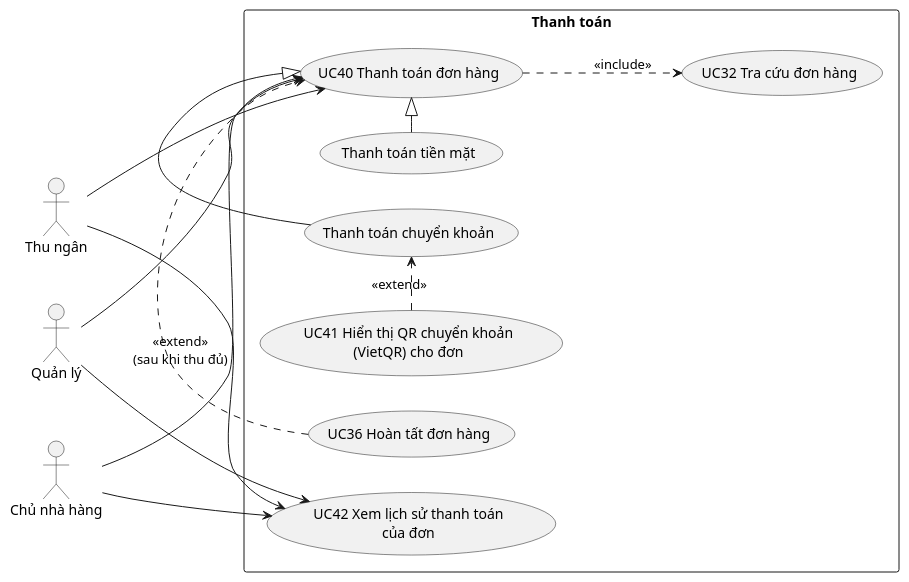
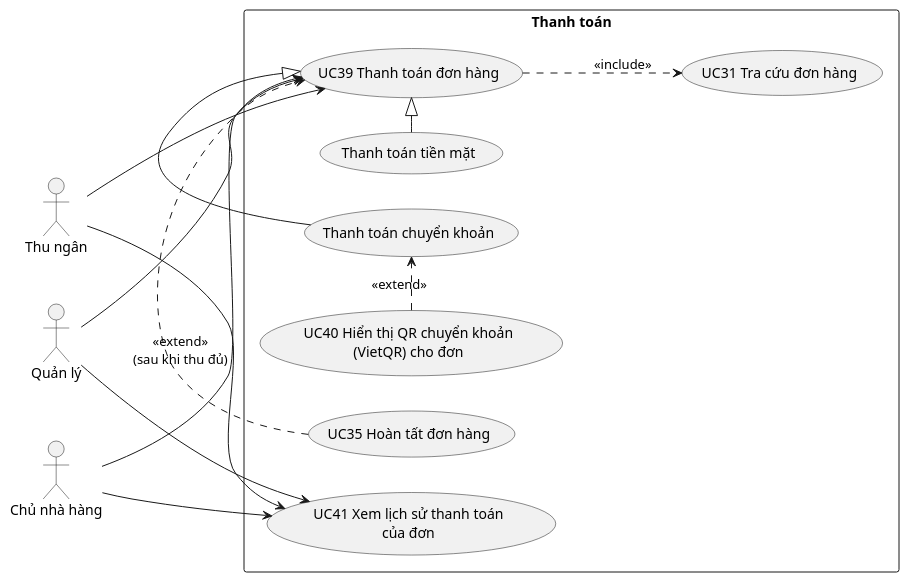
Before and after one commit to TruongHidu/XayPOS_be: the diagram in docs/usecase/08-thanh-toan.md, drawn with PlantUML. The commit also changed other lines of this file and 50 other files, not shown here.

````diff
--- a/docs/usecase/08-thanh-toan.md
+++ b/docs/usecase/08-thanh-toan.md
@@ -5,33 +5,33 @@
 ```plantuml
 @startuml UC08_ThanhToan
 left to right direction
 skinparam packageStyle rectangle
 
 actor "Thu ngân" as Cashier
 actor "Quản lý" as Manager
 actor "Chủ nhà hàng" as Owner
 
 rectangle "Thanh toán" {
-  usecase "UC40 Thanh toán đơn hàng" as UC40
-  usecase "Thanh toán tiền mặt" as UC40a
-  usecase "Thanh toán chuyển khoản" as UC40b
-  usecase "UC41 Hiển thị QR chuyển khoản\n(VietQR) cho đơn" as UC41
-  usecase "UC42 Xem lịch sử thanh toán\ncủa đơn" as UC42
-  usecase "UC32 Tra cứu đơn hàng" as UC32
-  usecase "UC36 Hoàn tất đơn hàng" as UC36
+  usecase "UC39 Thanh toán đơn hàng" as UC39
+  usecase "Thanh toán tiền mặt" as UC39a
+  usecase "Thanh toán chuyển khoản" as UC39b
+  usecase "UC40 Hiển thị QR chuyển khoản\n(VietQR) cho đơn" as UC40
+  usecase "UC41 Xem lịch sử thanh toán\ncủa đơn" as UC41
+  usecase "UC31 Tra cứu đơn hàng" as UC31
+  usecase "UC35 Hoàn tất đơn hàng" as UC35
 }
 
-Cashier --> UC40
-Cashier --> UC42
-Manager --> UC40
-Manager --> UC42
-Owner --> UC40
-Owner --> UC42
+Cashier --> UC39
+Cashier --> UC41
+Manager --> UC39
+Manager --> UC41
+Owner --> UC39
+Owner --> UC41
 
-UC40a -|> UC40
-UC40b -|> UC40
-UC40 ..> UC32 : <<include>>
-UC41 .> UC40b : <<extend>>
-UC36 .> UC40 : <<extend>>\n(sau khi thu đủ)
+UC39a -|> UC39
+UC39b -|> UC39
+UC39 ..> UC31 : <<include>>
+UC40 .> UC39b : <<extend>>
+UC35 .> UC39 : <<extend>>\n(sau khi thu đủ)
 @enduml
 ```
````
